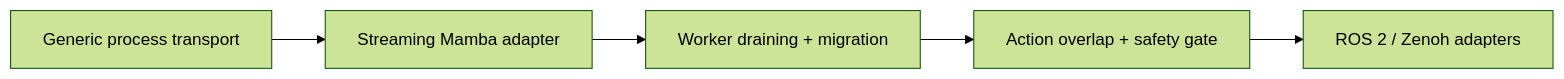
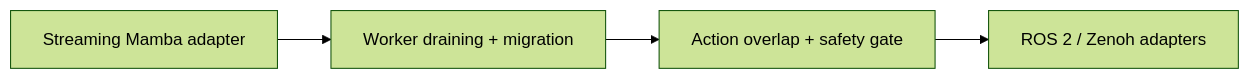
Before and after one commit to elprofesoriqo/FlowEdge: the diagram in docs/roadmap.md, drawn with Mermaid (forest theme). The commit also changed other lines of this file and 24 other files, not shown here.

Commit message:
feat(relay): add generic job process transport

````diff
--- a/docs/roadmap.md
+++ b/docs/roadmap.md
@@ -15,7 +15,6 @@
 ```{mermaid}
 flowchart LR
-  T[Generic process transport] --> M[Streaming Mamba adapter]
-  M --> G[Worker draining + migration]
+  M[Streaming Mamba adapter] --> G[Worker draining + migration]
   G --> A[Action overlap + safety gate]
   A --> R[ROS 2 / Zenoh adapters]
 ```
````
